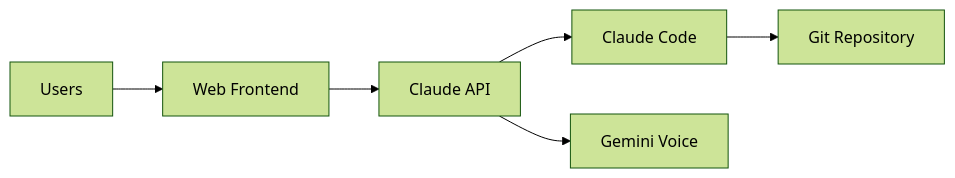
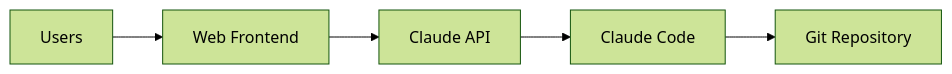
One commit to jomcgi/homelab changed the diagram in charts/claude/README.md. Above: the diagram before and after it, drawn with Mermaid (forest theme). The commit also changed other lines of this file and 34 other files, not shown here.

````diff
--- a/charts/claude/README.md
+++ b/charts/claude/README.md
@@ -9,8 +9,7 @@
 ```mermaid
 flowchart LR
     Users --> Frontend[Web Frontend]
     Frontend --> API[Claude API]
     API --> Claude[Claude Code]
     Claude --> Repo[Git Repository]
-    API --> Gemini[Gemini Voice]
 ```
````
